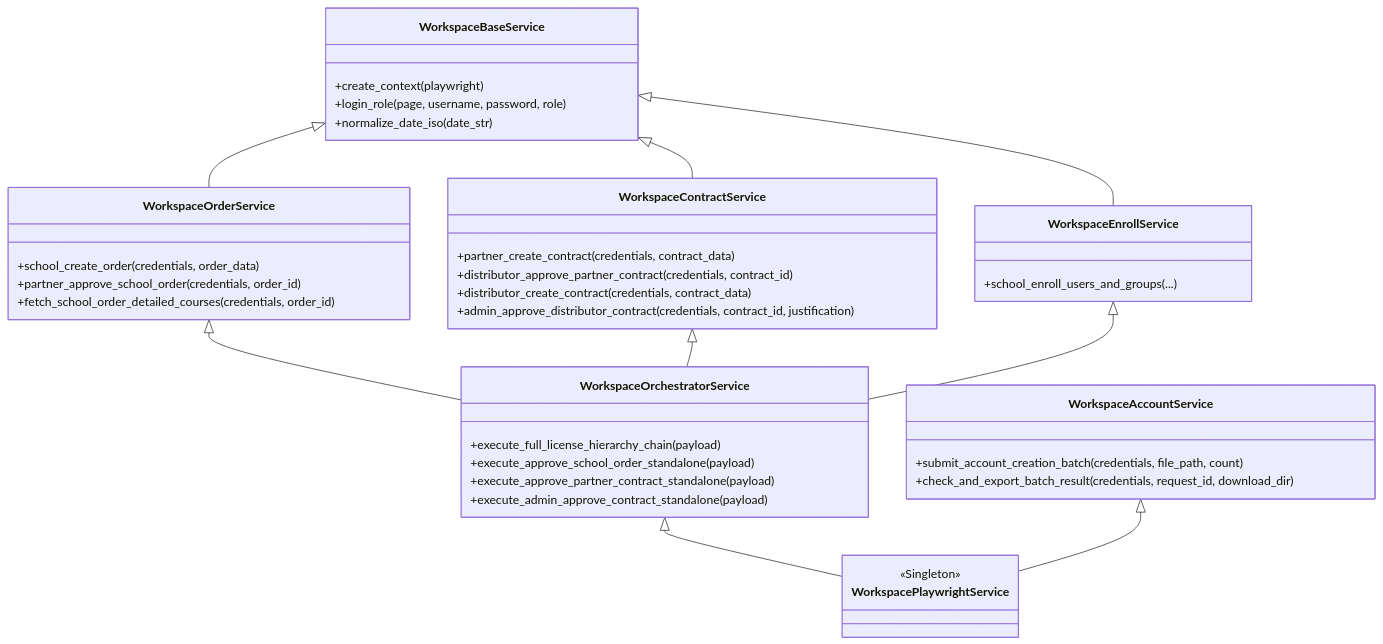
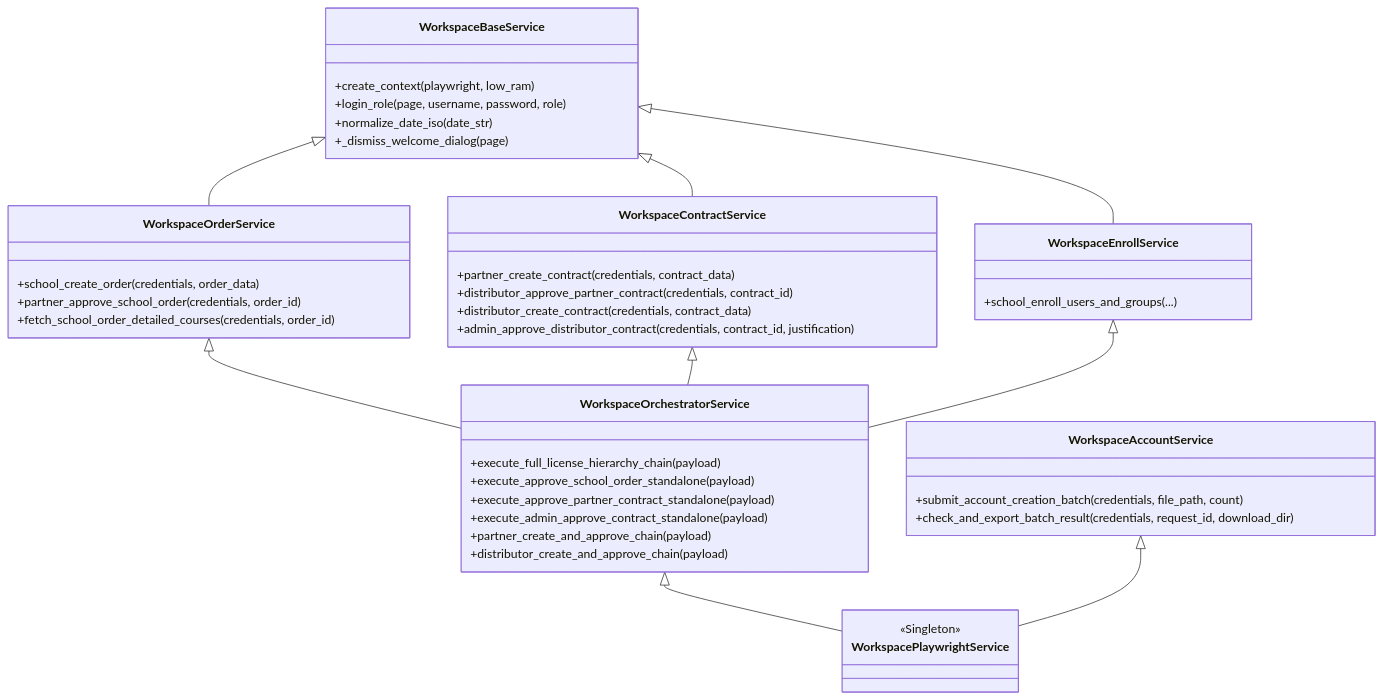
Before and after one commit to hungnm-1225/ptv-tasks-administrator: the first of 10 diagrams in README.md, drawn with Mermaid. The commit also changed other lines of this file and 5 other files, not shown here.

Commit message:
feat: implement core backend infrastructure with Gemini AI integration, GitHub API endpoints, and Supabase database schema.

````diff
--- a/README.md
+++ b/README.md
@@ -368,44 +466,47 @@
 ```mermaid
 classDiagram
     class WorkspaceBaseService {
-        +create_context(playwright)
+        +create_context(playwright, low_ram)
         +login_role(page, username, password, role)
         +normalize_date_iso(date_str)
+        +_dismiss_welcome_dialog(page)
     }
     class WorkspaceOrderService {
         +school_create_order(credentials, order_data)
         +partner_approve_school_order(credentials, order_id)
         +fetch_school_order_detailed_courses(credentials, order_id)
     }
     class WorkspaceContractService {
         +partner_create_contract(credentials, contract_data)
         +distributor_approve_partner_contract(credentials, contract_id)
         +distributor_create_contract(credentials, contract_data)
         +admin_approve_distributor_contract(credentials, contract_id, justification)
     }
     class WorkspaceEnrollService {
         +school_enroll_users_and_groups(...)
     }
     class WorkspaceOrchestratorService {
         +execute_full_license_hierarchy_chain(payload)
         +execute_approve_school_order_standalone(payload)
         +execute_approve_partner_contract_standalone(payload)
         +execute_admin_approve_contract_standalone(payload)
+        +partner_create_and_approve_chain(payload)
+        +distributor_create_and_approve_chain(payload)
     }
     class WorkspaceAccountService {
         +submit_account_creation_batch(credentials, file_path, count)
         +check_and_export_batch_result(credentials, request_id, download_dir)
     }
     class WorkspacePlaywrightService {
         <<Singleton>>
     }
 
     WorkspaceBaseService <|-- WorkspaceOrderService
     WorkspaceBaseService <|-- WorkspaceContractService
     WorkspaceBaseService <|-- WorkspaceEnrollService
     WorkspaceOrderService <|-- WorkspaceOrchestratorService
     WorkspaceContractService <|-- WorkspaceOrchestratorService
     WorkspaceEnrollService <|-- WorkspaceOrchestratorService
     WorkspaceOrchestratorService <|-- WorkspacePlaywrightService
     WorkspaceAccountService <|-- WorkspacePlaywrightService
 ```
````
